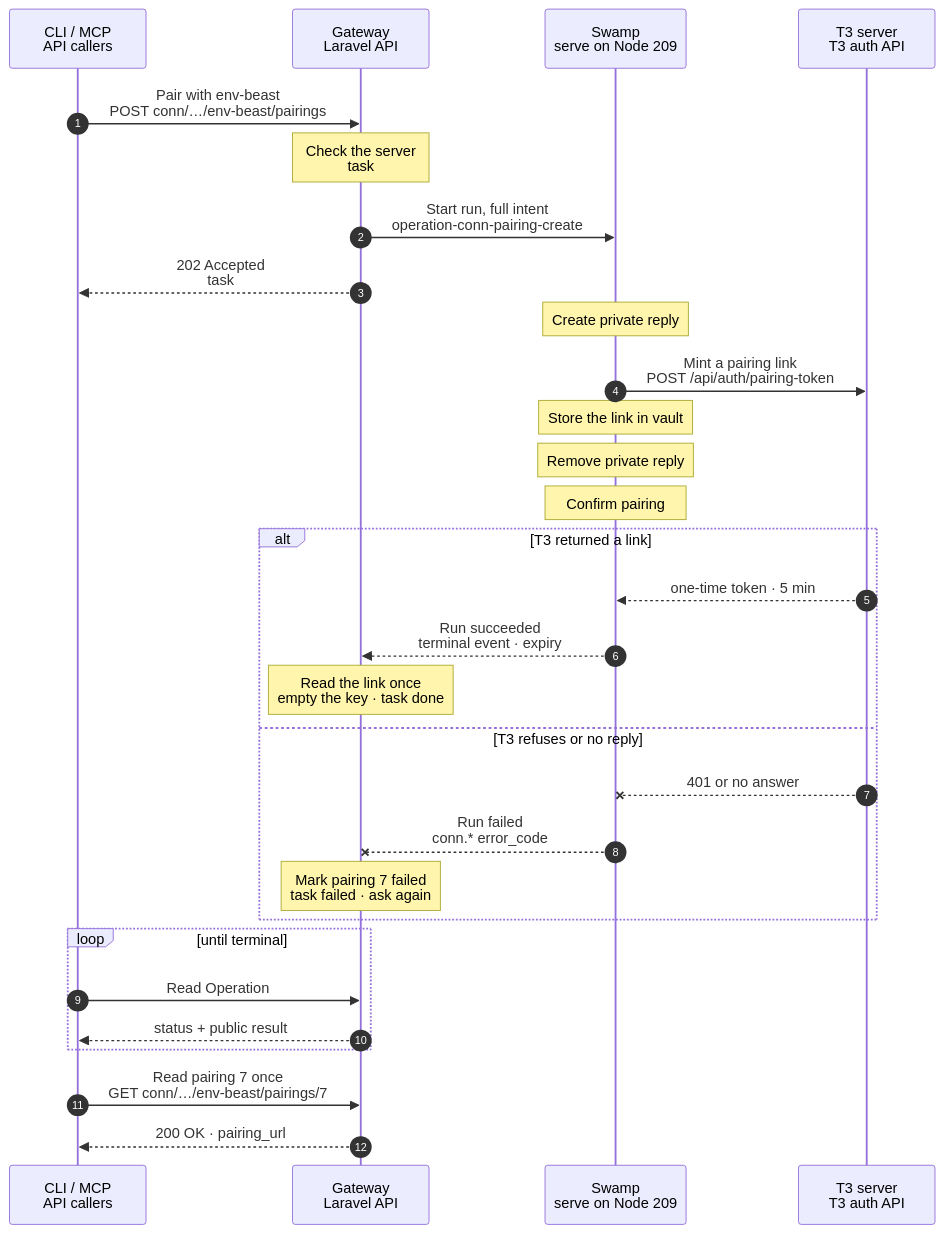
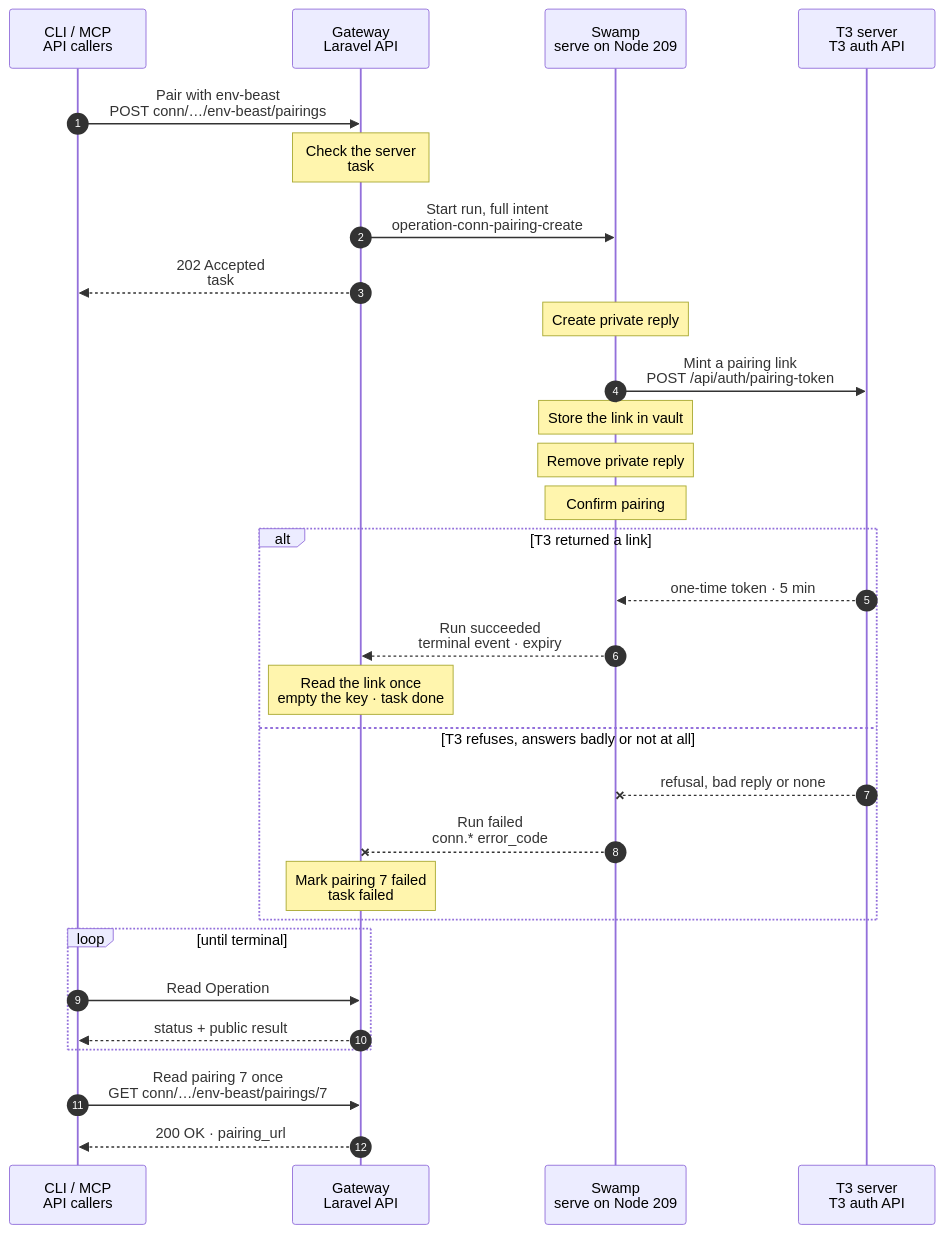
The diagram in docs/cli/conn/pairing-create.mmd (hardimpactdev/orbit), drawn with Mermaid before and after one commit. The commit also changed 7 other files, not shown here.

First line of the commit message:
fix(conn): pair again: accept T3's echoed label and end answered pairings with a final code (#3277)

```diff
--- a/docs/cli/conn/pairing-create.mmd
+++ b/docs/cli/conn/pairing-create.mmd
@@ -1,109 +1,112 @@
 sequenceDiagram
   %% Target design: ADR 0244 task, DECISIONS R1 (an external API call is an effect, so it is a run), R2-R4, env_import vault pattern. docs/reference/conn.md#pairing-operations.
   %% status: migrated
   %% command: none · API (conn-pairing-create)
   %% kind: conn.pairing_create
   autonumber
   %% lane CLI icon=terminal pill=caller tone=gray
   %% lane GW icon=gateway pill=intent tone=blue
   %% lane SW icon=workflow pill=executes tone=green
   %% lane T3 icon=server pill=target tone=purple
   participant CLI as CLI / MCP<br/>API callers
   participant GW as Gateway<br/>Laravel API
   participant SW as Swamp<br/>serve on Node 209
   participant T3 as T3 server<br/>T3 auth API
   CLI->>GW: Pair with env-beast<br/>POST conn/…/env-beast/pairings
   %%> Command:
   %%> - `POST /api/v1/conn/environments/env-beast/pairings`
   %%> - syntax: the MCP tool `conn-pairing-create` with `environment`
   %%> Input:
   %%> - the registered T3 server; the calling Node, such as `phone`, is who gets paired
   %%> Not included:
   %%> - there is no `orbit` command
   Note over GW: Check the server<br/>task #5170 · session to vault
   %%> Requirements:
   %%> - the `conn` extension is on; the caller is an active Node; no access grant is needed
   %%> - env-beast is registered and the Gateway's admin session there has not expired, else `conn.session_expired`
   %%> What it does:
   %%> - records pairing 7 with a unique client label, such as `phone via Orbit k3j9x0qa`
   %%> - pushes the admin session to the Swamp vault as `conn-session-5170` after commit (R3)
   %%> Why a run:
   %%> - calling T3's API is an effect; the Gateway's only execution primitives are mint and sign
   %%> Result:
   %%> - task #5170 recorded with the full intent
   GW->>SW: Start run, full intent<br/>operation-conn-pairing-create
   %%> What it does:
   %%> - starts one Swamp run on serve (Node 209); no Node is a target
   %%> Inputs:
   %%> - the T3 server URL, the client label, and the vault key names; never the session
   GW-->>CLI: 202 Accepted<br/>task #5170
   %%> What you get:
   %%> - the task number, at once
   %%> Next:
   %%> - the caller waits on the task and shows its progress; the run takes about a second
   Note over SW: Create private reply
   %%> How:
   %%> - mktemp creates a private directory for the T3 response
   SW->>T3: Mint a pairing link<br/>POST /api/auth/pairing-token
   %%> How:
   %%> - one HTTPS request from 209, with the admin session from `vault.get`
   %%> What it does:
   %%> - asks T3 for a one-time pairing token with T3's administrative scopes and the admitted client label
   Note over SW: Store the link in vault
   %%> How:
-  %%> - a typed data method reads the private response and publishes the credential as a native sensitive field
+  %%> - a typed data method reads the private response as T3's pairing result: id, credential, expiry and the echoed label, which must match; it ignores added fields
+  %%> - it publishes the credential as a native sensitive field
   %%> - its resource instance is unique to pairing 7, so concurrent pairings have different vault keys
   %%> What it does:
   %%> - writes the credential to the native key for pairing 7 and returns only public metadata and its key name
   %%> Not included:
   %%> - the link never goes into step outputs, the run's result or a log
   Note over SW: Remove private reply
   %%> How:
   %%> - declared completed or skipped dependencies clean up after failure too
   Note over SW: Confirm pairing
   %%> Check:
   %%> - the native assert requires a stored sensitive output and successful cleanup
   alt T3 returned a link
     T3-->>SW: one-time token · 5 min
     %%> Returns:
     %%> - the token and its expiry
     SW-->>GW: Run succeeded<br/>terminal event · expiry
     %%> How the Gateway learns it:
     %%> - its shared run reader sees the terminal event; Swamp never calls the Gateway
     %%> Returns:
     %%> - only public metadata: the expiry
     Note over GW: Read the link once<br/>empty the key · task done
     %%> What it does:
     %%> - reads pairing 7's native credential key once, keeps the link encrypted on pairing 7, then deletes the key with the native `vault.delete` frame
     %%> Result:
     %%> - pairing 7 gets its issued and expiry times; task #5170 succeeds
-  else T3 refuses or no reply
-    T3--xSW: 401 or no answer
+  else T3 refuses, answers badly or not at all
+    T3--xSW: refusal, bad reply or none
     %%> When:
-    %%> - T3 refuses the admin session, cannot be reached, or answers with invalid data
+    %%> - T3 refuses the admin session, refuses the call, answers with invalid data, or cannot be reached
     SW--xGW: Run failed<br/>conn.* error_code
     %%> The Gateway reads:
-    %%> - the failed step and its safe error code, such as `conn.session_rejected`
-    Note over GW: Mark pairing 7 failed<br/>task failed · ask again
+    %%> - the failed step's code: `conn.session_rejected` (401), `conn.request_refused` (another status), `conn.response_invalid` (2xx without T3's shape)
+    %%> - any other failure, such as no answer, is `conn.pairing_outcome_unknown`
+    Note over GW: Mark pairing 7 failed<br/>task failed
     %%> Result:
     %%> - pairing 7 is marked failed; task #5170 fails
     %%> On the T3 server:
-    %%> - a link minted before a lost reply stays unused and expires within minutes; that is harmless
+    %%> - a link minted before a lost or invalid reply stays unused and expires within minutes; that is harmless
     %%> Retry:
-    %%> - ask again; it is a new task with a new label
+    %%> - T3's answer is final for this pairing: callers do not retry `session_rejected`, `request_refused` or `response_invalid` on their own
+    %%> - after `pairing_outcome_unknown`, ask again; it is a new task with a new label
   end
   loop until terminal
     CLI->>GW: Read Operation #5170<br/>GET conn/operations/5170
     %%> What it does:
     %%> - the requester polls `GET /api/v1/conn/operations/5170` for status and public results
     GW-->>CLI: status + public result
     %%> Returns:
     %%> - status and public pairing metadata; never the pairing URL
   end
   CLI->>GW: Read pairing 7 once<br/>GET conn/…/env-beast/pairings/7
   %%> What it does:
   %%> - after success, the caller reads `GET /api/v1/conn/environments/env-beast/pairings/7`
   GW-->>CLI: 200 OK · pairing_url
   %%> Returns:
   %%> - the owner-checked read returns the URL once and clears its encrypted credential
   %%> - a second read, an expired pairing or a read before completion returns 409
```
